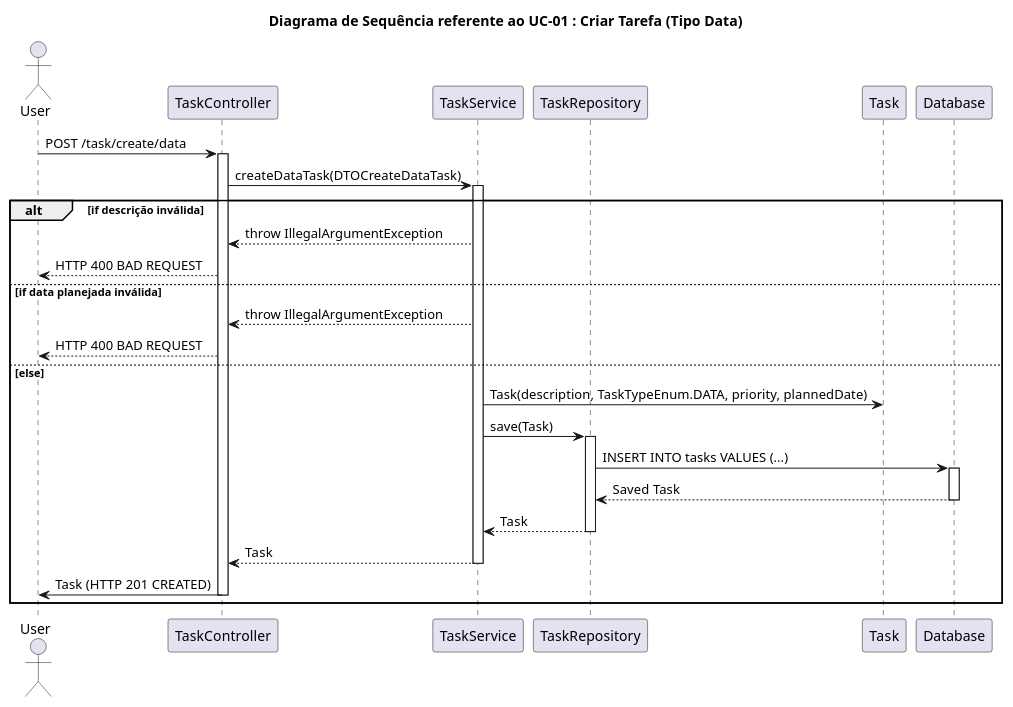
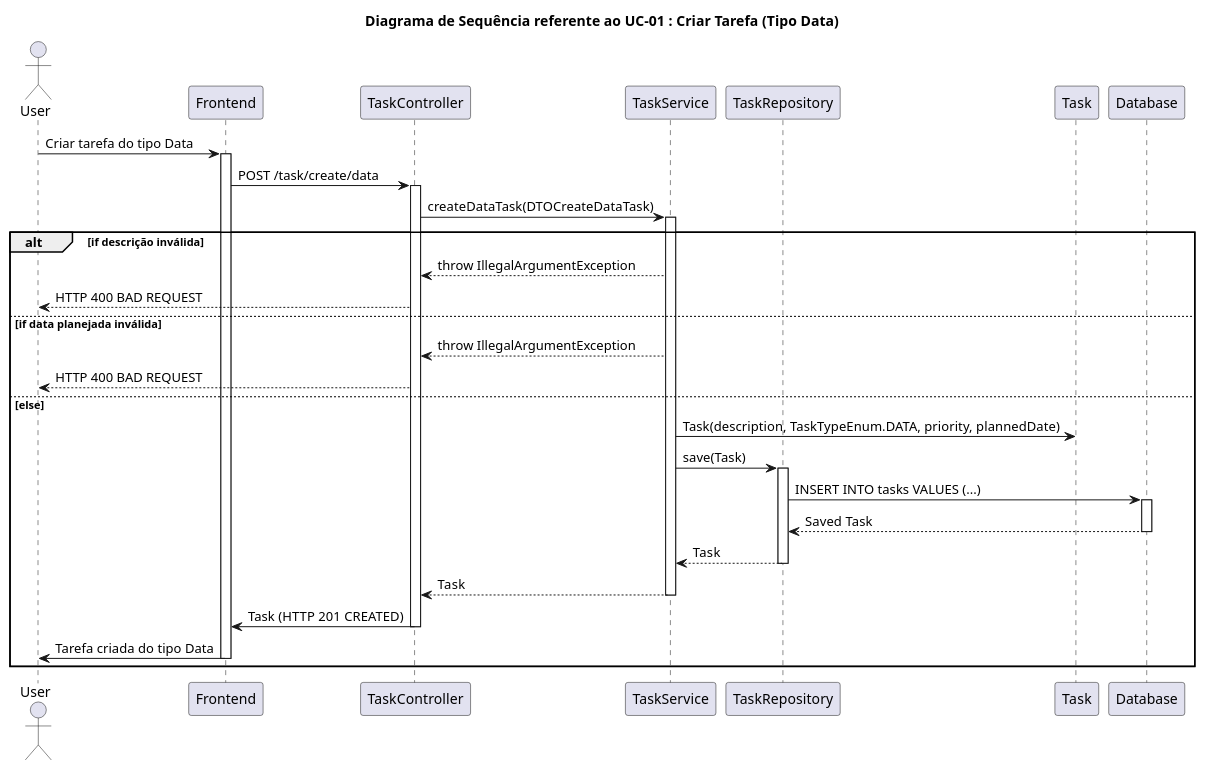
Before and after one commit to henriquedani/ToDoList_LabDesSoft: the diagram in docs/diagramas_sequencia/diagramaSequenciaUC01_TaskData.puml, drawn with PlantUML. The commit also changed 5 other files, not shown here.

Commit message:
Adição front nos diagramas de sequência

```diff
--- a/docs/diagramas_sequencia/diagramaSequenciaUC01_TaskData.puml
+++ b/docs/diagramas_sequencia/diagramaSequenciaUC01_TaskData.puml
@@ -1,36 +1,41 @@
 @startuml diagramaSequenciaUC01_TaskData.puml
 title Diagrama de Sequência referente ao UC-01 : Criar Tarefa (Tipo Data)
 
 actor User
+participant Frontend
 participant TaskController
 participant TaskService
 participant TaskRepository
 participant Task
 participant Database
 
-User -> TaskController: POST /task/create/data
+User -> Frontend: Criar tarefa do tipo Data
+activate Frontend
+Frontend -> TaskController: POST /task/create/data
 activate TaskController
 TaskController -> TaskService: createDataTask(DTOCreateDataTask)
 activate TaskService
 alt if descrição inválida
     TaskService --> TaskController: throw IllegalArgumentException
     TaskController --> User: HTTP 400 BAD REQUEST
 else if data planejada inválida
     TaskService --> TaskController: throw IllegalArgumentException
     TaskController --> User: HTTP 400 BAD REQUEST
 else else
     TaskService -> Task: Task(description, TaskTypeEnum.DATA, priority, plannedDate)
     TaskService -> TaskRepository: save(Task)
     activate TaskRepository
     TaskRepository -> Database: INSERT INTO tasks VALUES (...)
     activate Database
     Database --> TaskRepository: Saved Task
     deactivate Database
     TaskRepository --> TaskService: Task
     deactivate TaskRepository
     TaskService --> TaskController: Task
     deactivate TaskService
-    TaskController -> User: Task (HTTP 201 CREATED)
+    TaskController -> Frontend: Task (HTTP 201 CREATED)
     deactivate TaskController
+    Frontend -> User: Tarefa criada do tipo Data
+    deactivate Frontend
 end
 @enduml
```
